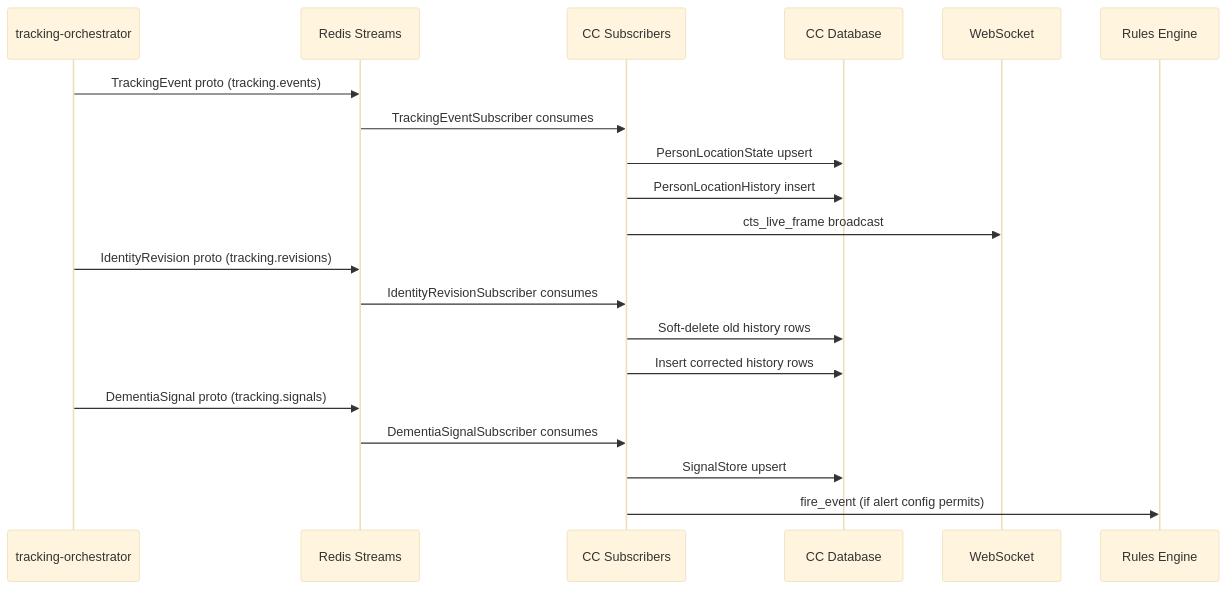
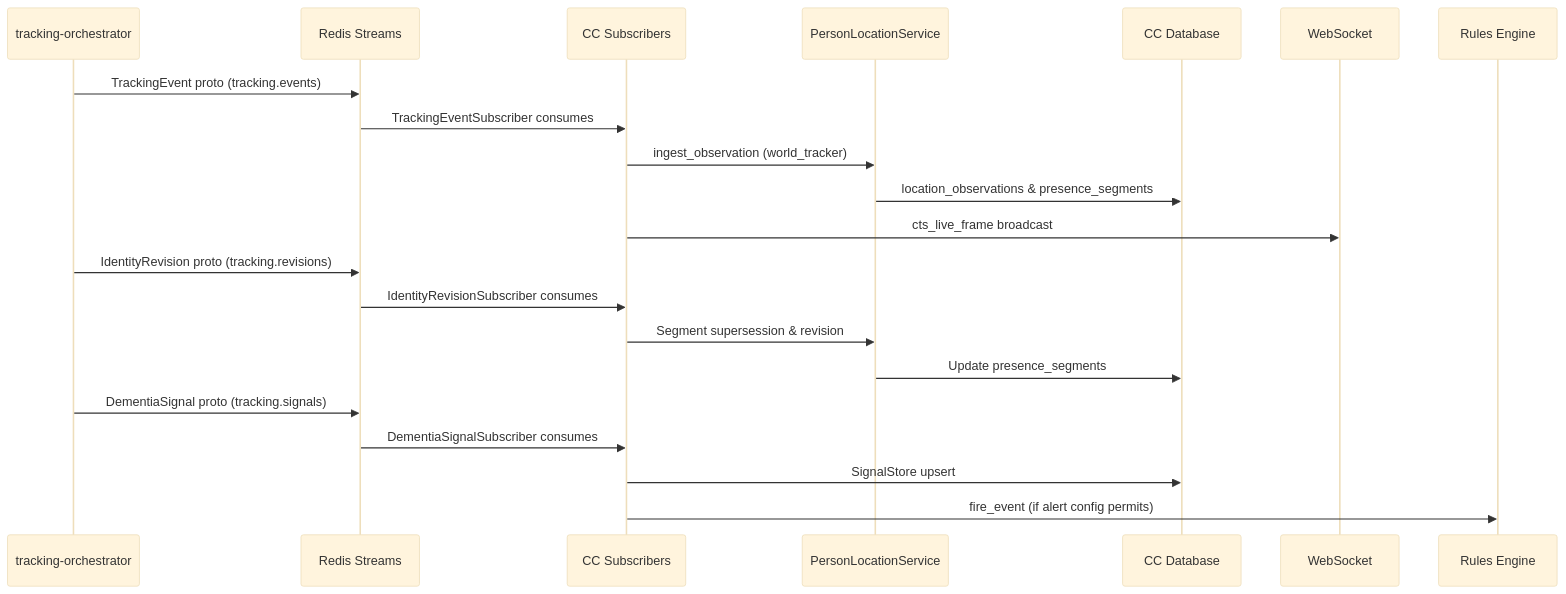
One commit to SilverMind-Project/SilverMind-Project.github.io changed the diagram in docs/features/continuous-tracking/cc-integration.md. Above: the diagram before and after it, drawn with Mermaid (base theme). The commit also changed other lines of this file and 3 other files, not shown here.

````diff
--- a/docs/features/continuous-tracking/cc-integration.md
+++ b/docs/features/continuous-tracking/cc-integration.md
@@ -72,25 +72,26 @@
 ```mermaid
 sequenceDiagram
     participant Orch as tracking-orchestrator
     participant Redis as Redis Streams
     participant Sub as CC Subscribers
+    participant Svc as PersonLocationService
     participant DB as CC Database
     participant WS as WebSocket
     participant Rules as Rules Engine
 
     Orch->>Redis: TrackingEvent proto (tracking.events)
     Redis->>Sub: TrackingEventSubscriber consumes
-    Sub->>DB: PersonLocationState upsert
-    Sub->>DB: PersonLocationHistory insert
+    Sub->>Svc: ingest_observation (world_tracker)
+    Svc->>DB: location_observations & presence_segments
     Sub->>WS: cts_live_frame broadcast
 
     Orch->>Redis: IdentityRevision proto (tracking.revisions)
     Redis->>Sub: IdentityRevisionSubscriber consumes
-    Sub->>DB: Soft-delete old history rows
-    Sub->>DB: Insert corrected history rows
+    Sub->>Svc: Segment supersession & revision
+    Svc->>DB: Update presence_segments
 
     Orch->>Redis: DementiaSignal proto (tracking.signals)
     Redis->>Sub: DementiaSignalSubscriber consumes
     Sub->>DB: SignalStore upsert
     Sub->>Rules: fire_event (if alert config permits)
 ```
````
